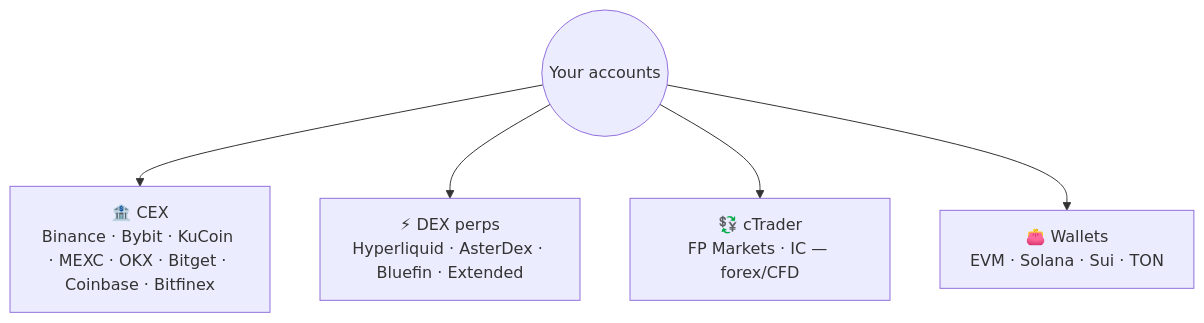
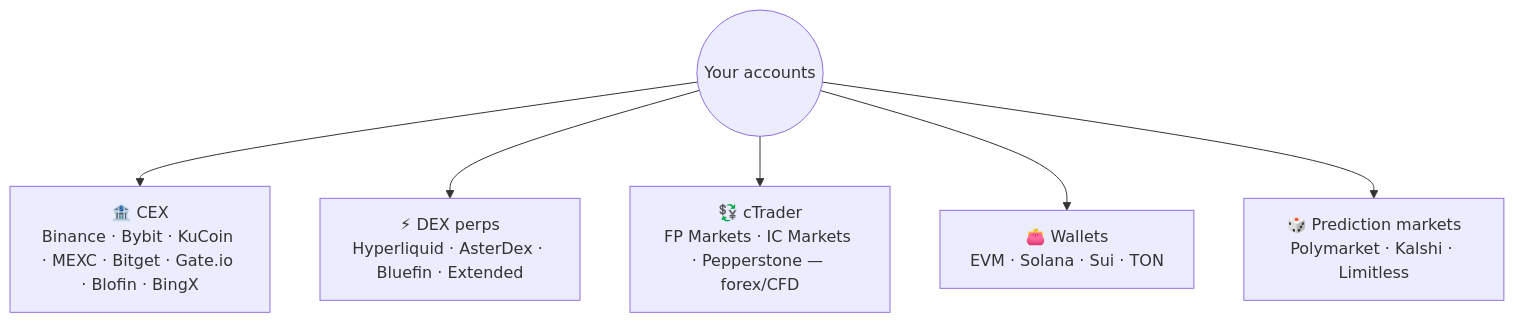
Before and after one commit to formionai/docs: the diagram in brokers.md, drawn with Mermaid. The commit also changed other lines of this file and 47 other files, not shown here.

````diff
--- a/brokers.md
+++ b/brokers.md
@@ -9,7 +9,8 @@
 ```mermaid
 flowchart TD
-  U(("Your accounts")) --> CEX["🏦 CEX<br/>Binance · Bybit · KuCoin · MEXC · OKX · Bitget · Coinbase · Bitfinex"]
+  U(("Your accounts")) --> CEX["🏦 CEX<br/>Binance · Bybit · KuCoin · MEXC · Bitget · Gate.io · Blofin · BingX"]
   U --> DEX["⚡ DEX perps<br/>Hyperliquid · AsterDex · Bluefin · Extended"]
-  U --> CT["💱 cTrader<br/>FP Markets · IC — forex/CFD"]
+  U --> CT["💱 cTrader<br/>FP Markets · IC Markets · Pepperstone — forex/CFD"]
   U --> W["👛 Wallets<br/>EVM · Solana · Sui · TON"]
+  U --> PM["🎲 Prediction markets<br/>Polymarket · Kalshi · Limitless"]
 ```
````
